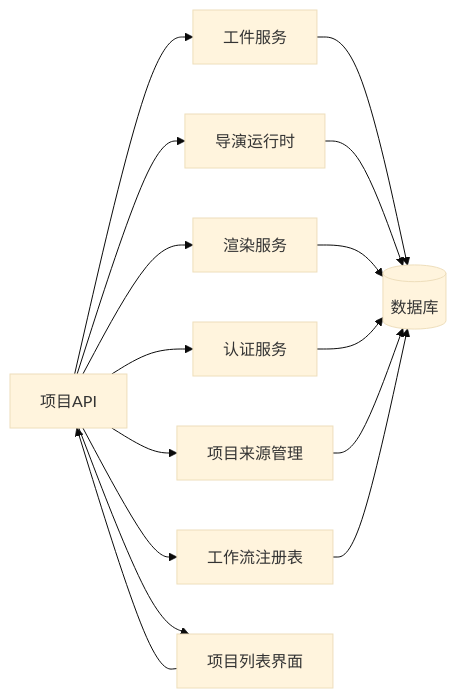
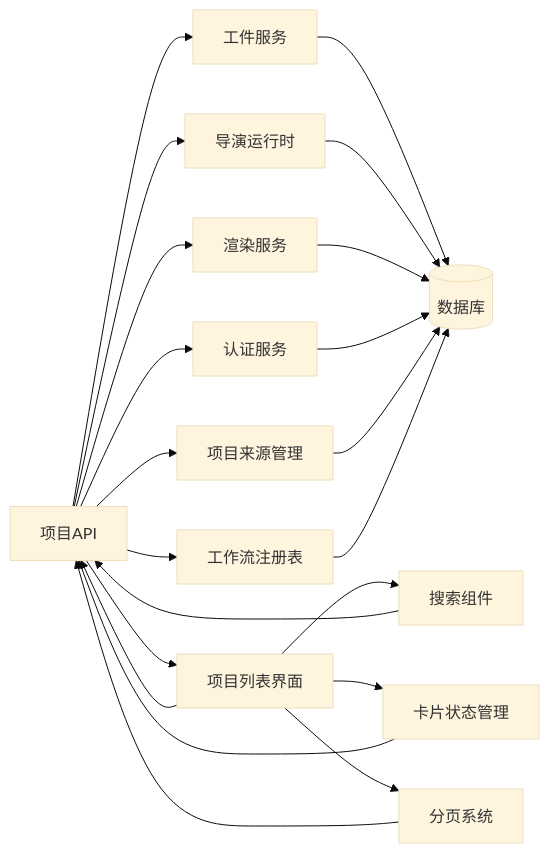
Diagram 18 of 18 in .qoder/repowiki/zh/content/项目管理/项目管理.md (scottcwy/PurpleInk), drawn with Mermaid (base theme) before and after one commit. The commit also changed other lines of this file and 23 other files, not shown here.

````diff
--- a/.qoder/repowiki/zh/content/项目管理/项目管理.md
+++ b/.qoder/repowiki/zh/content/项目管理/项目管理.md
@@ -583,17 +723,23 @@
 ```mermaid
 graph LR
 Projects["项目API"] --> Artifacts["工件服务"]
 Projects --> Director["导演运行时"]
 Projects --> Render["渲染服务"]
 Projects --> Auth["认证服务"]
 Projects --> Sources["项目来源管理"]
 Projects --> Registry["工作流注册表"]
 Projects --> ProjectList["项目列表界面"]
+ProjectList --> SearchField["搜索组件"]
+ProjectList --> CardsState["卡片状态管理"]
+ProjectList --> Pagination["分页系统"]
 Artifacts --> DB[("数据库")]
 Director --> DB
 Render --> DB
 Auth --> DB
 Sources --> DB
 Registry --> DB
 ProjectList --> Projects
+SearchField --> Projects
+CardsState --> Projects
+Pagination --> Projects
 ```
````
